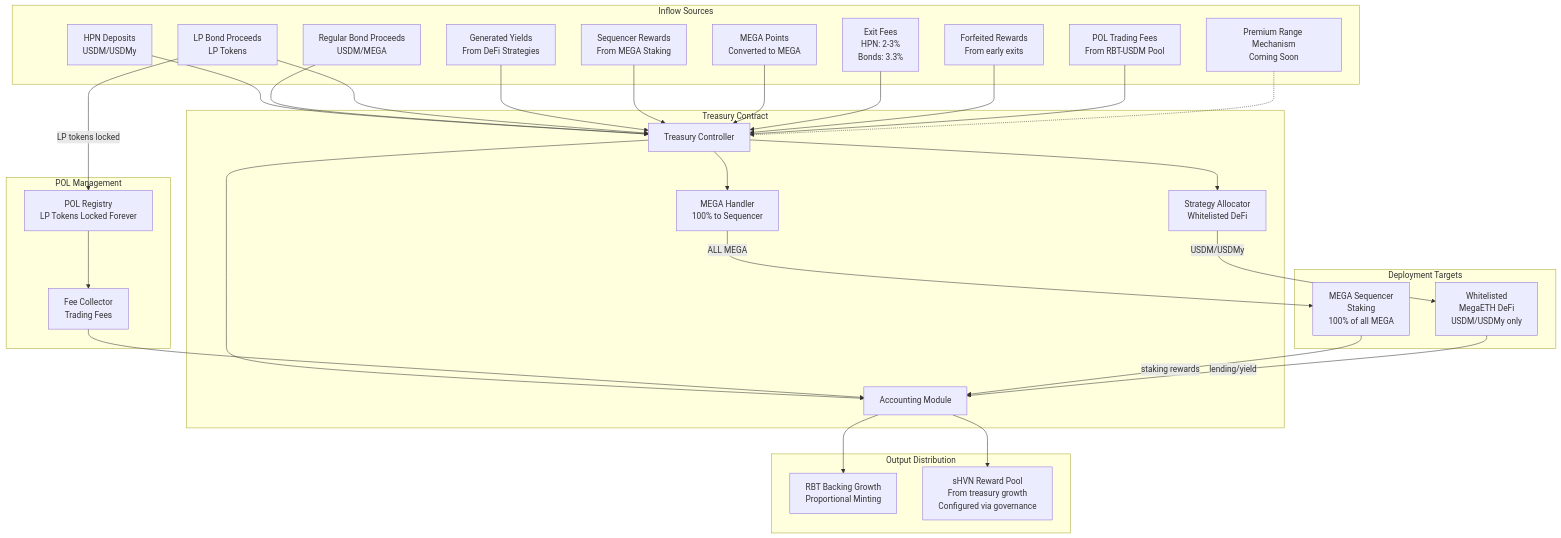
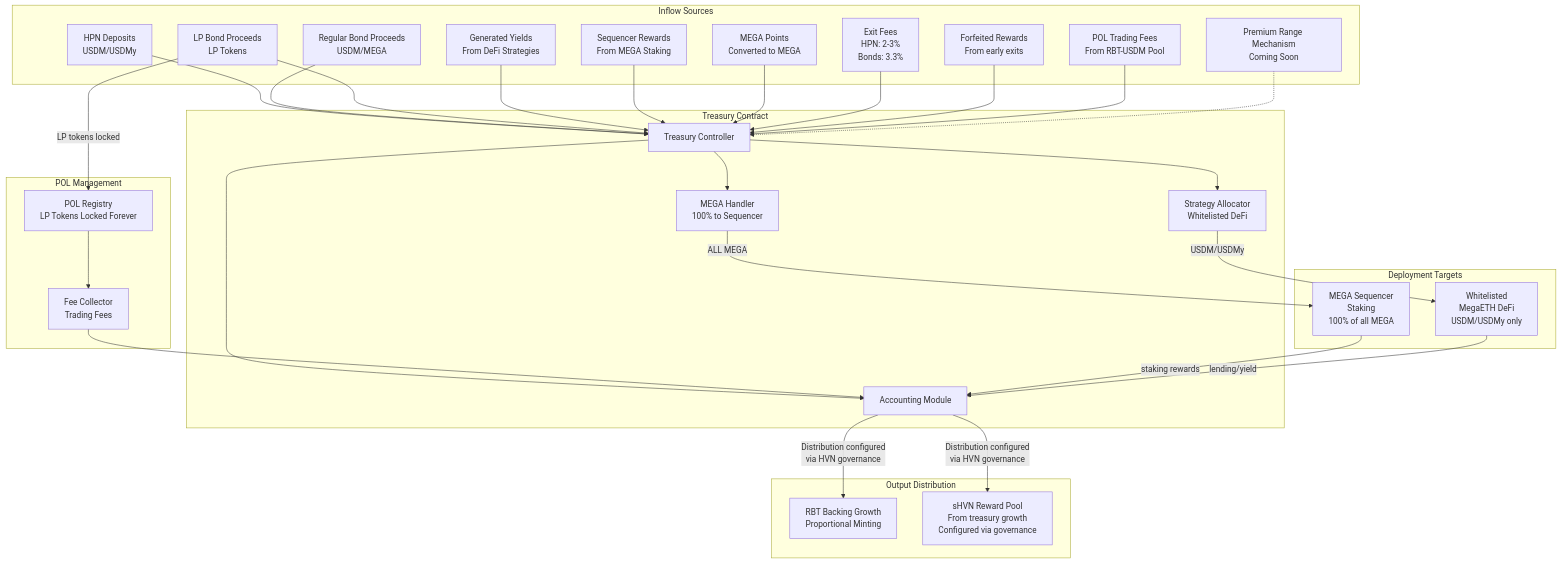
The second of 7 diagrams in blackhaven-architecture-diagrams.md (0xJaehaerys/ohmega), drawn with Mermaid before and after one commit.

Commit message:
Remove speculative distribution percentages from Treasury Operations diagram
- Removed any implied percentage splits (70/20/10) that are not in official documentation
- Added note that distribution is configured via HVN governance
- Ensures all diagrams reflect only information from official docs

````diff
--- a/blackhaven-architecture-diagrams.md
+++ b/blackhaven-architecture-diagrams.md
@@ -101,65 +101,65 @@
 ```mermaid
 graph TD
     subgraph "Inflow Sources"
         HPN_DEPOSITS[HPN Deposits<br/>USDM/USDMy]
         REGULAR_BOND_PROCEEDS[Regular Bond Proceeds<br/>USDM/MEGA]
         LP_BOND_PROCEEDS[LP Bond Proceeds<br/>LP Tokens]
         YIELD_GEN[Generated Yields<br/>From DeFi Strategies]
         SEQUENCER_REWARDS[Sequencer Rewards<br/>From MEGA Staking]
         MEGA_POINTS[MEGA Points<br/>Converted to MEGA]
         EXIT_FEES[Exit Fees<br/>HPN: 2-3%<br/>Bonds: 3.3%]
         FORFEITED_REWARDS[Forfeited Rewards<br/>From early exits]
         POL_FEES[POL Trading Fees<br/>From RBT-USDM Pool]
         PRM_FUTURE[Premium Range Mechanism<br/>Coming Soon]
     end
     
     subgraph "Treasury Contract"
         CONTROLLER[Treasury Controller]
         MEGA_HANDLER[MEGA Handler<br/>100% to Sequencer]
         ALLOCATOR[Strategy Allocator<br/>Whitelisted DeFi]
         ACCOUNTING[Accounting Module]
     end
     
     subgraph "Deployment Targets"
         MEGA_STAKING[MEGA Sequencer<br/>Staking<br/>100% of all MEGA]
         DEFI_STRATEGIES[Whitelisted<br/>MegaETH DeFi<br/>USDM/USDMy only]
     end
     
     subgraph "POL Management"
         POL_REGISTRY[POL Registry<br/>LP Tokens Locked Forever]
         FEE_COLLECTOR[Fee Collector<br/>Trading Fees]
     end
     
     subgraph "Output Distribution"
         RBT_BACKING[RBT Backing Growth<br/>Proportional Minting]
         SHVN_REWARDS[sHVN Reward Pool<br/>From treasury growth<br/>Configured via governance]
     end
     
     HPN_DEPOSITS --> CONTROLLER
     REGULAR_BOND_PROCEEDS --> CONTROLLER
     LP_BOND_PROCEEDS --> CONTROLLER
     YIELD_GEN --> CONTROLLER
     SEQUENCER_REWARDS --> CONTROLLER
     MEGA_POINTS --> CONTROLLER
     EXIT_FEES --> CONTROLLER
     FORFEITED_REWARDS --> CONTROLLER
     POL_FEES --> CONTROLLER
     PRM_FUTURE -.-> CONTROLLER
     
     CONTROLLER --> MEGA_HANDLER
     CONTROLLER --> ALLOCATOR
     CONTROLLER --> ACCOUNTING
     
     MEGA_HANDLER -->|ALL MEGA| MEGA_STAKING
     ALLOCATOR -->|USDM/USDMy| DEFI_STRATEGIES
     
     LP_BOND_PROCEEDS -->|LP tokens locked| POL_REGISTRY
     POL_REGISTRY --> FEE_COLLECTOR
     FEE_COLLECTOR --> ACCOUNTING
     
     MEGA_STAKING -->|staking rewards| ACCOUNTING
     DEFI_STRATEGIES -->|lending/yield| ACCOUNTING
     
-    ACCOUNTING --> RBT_BACKING
-    ACCOUNTING --> SHVN_REWARDS
+    ACCOUNTING -->|Distribution configured<br/>via HVN governance| RBT_BACKING
+    ACCOUNTING -->|Distribution configured<br/>via HVN governance| SHVN_REWARDS
 ```
````
